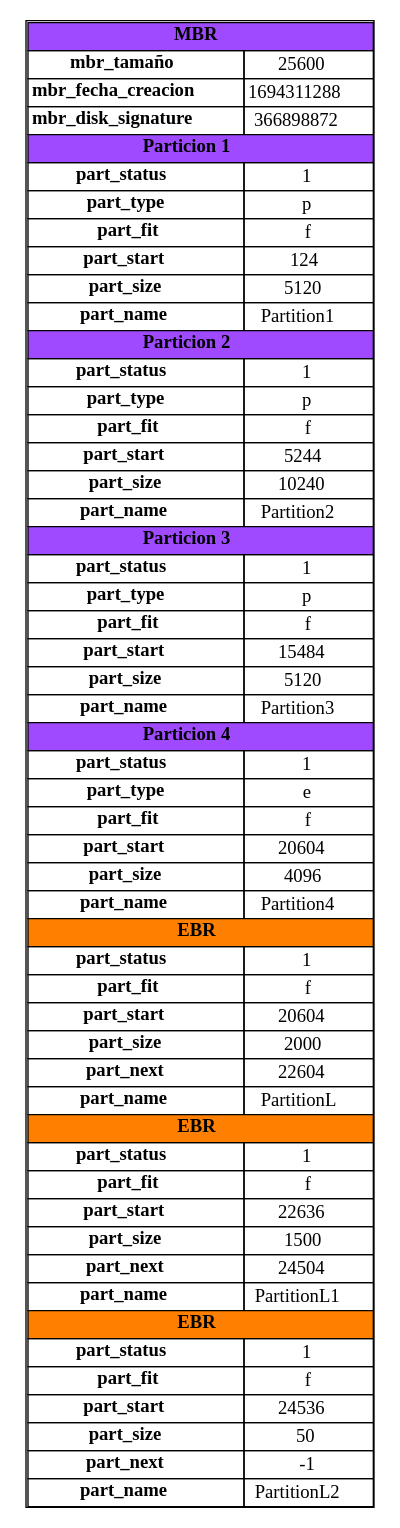
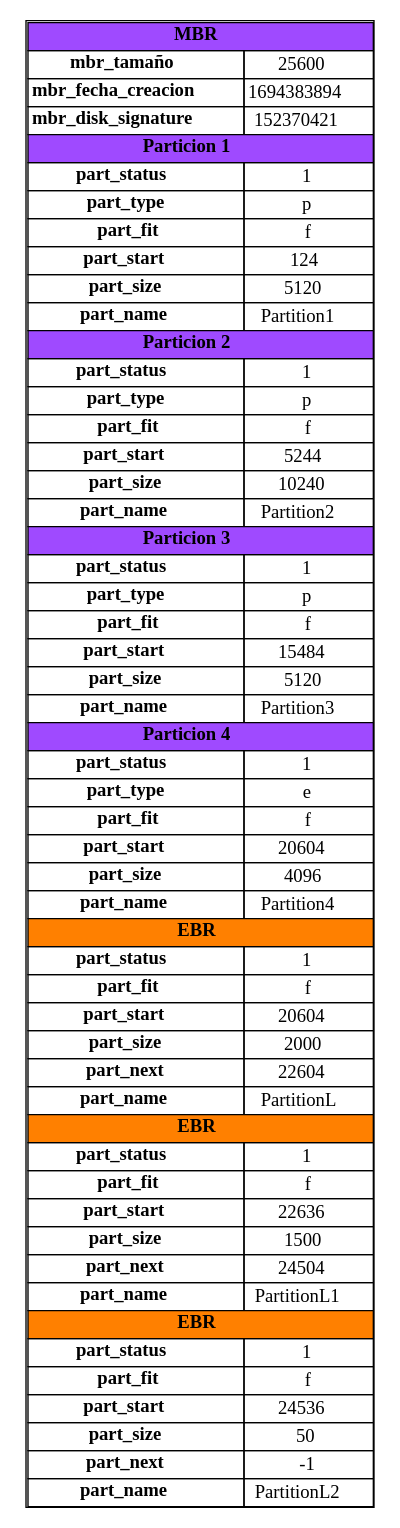
Before and after one commit to Noel1903/MIA_P12S2023_201900822: the diagram in reports/Disco1_mbr.dot, drawn with Graphviz. The commit also changed 13 other files, not shown here.

```diff
--- a/reports/Disco1_mbr.dot
+++ b/reports/Disco1_mbr.dot
@@ -1,60 +1,60 @@
 digraph G{
 node[shape=plaintext]
 graph[label=<
 <table border='1' cellborder='1' cellspacing='0'>
 <tr><td colspan='2' bgcolor='#9F4AFF'><b>MBR</b></td></tr>
 <tr><td><b>mbr_tamaño</b></td><td>25600</td></tr>
-<tr><td><b>mbr_fecha_creacion</b></td><td>1694311288</td></tr>
-<tr><td><b>mbr_disk_signature</b></td><td>366898872</td></tr>
+<tr><td><b>mbr_fecha_creacion</b></td><td>1694383894</td></tr>
+<tr><td><b>mbr_disk_signature</b></td><td>152370421</td></tr>
 <tr><td colspan='2' bgcolor='#9F4AFF'><b>Particion 1</b></td></tr>
 <tr><td><b>part_status</b></td><td>1</td></tr>
 <tr><td><b>part_type</b></td><td>p</td></tr>
 <tr><td><b>part_fit</b></td><td>f</td></tr>
 <tr><td><b>part_start</b></td><td>124</td></tr>
 <tr><td><b>part_size</b></td><td>5120</td></tr>
 <tr><td><b>part_name</b></td><td>Partition1</td></tr>
 <tr><td colspan='2' bgcolor='#9F4AFF'><b>Particion 2</b></td></tr>
 <tr><td><b>part_status</b></td><td>1</td></tr>
 <tr><td><b>part_type</b></td><td>p</td></tr>
 <tr><td><b>part_fit</b></td><td>f</td></tr>
 <tr><td><b>part_start</b></td><td>5244</td></tr>
 <tr><td><b>part_size</b></td><td>10240</td></tr>
 <tr><td><b>part_name</b></td><td>Partition2</td></tr>
 <tr><td colspan='2' bgcolor='#9F4AFF'><b>Particion 3</b></td></tr>
 <tr><td><b>part_status</b></td><td>1</td></tr>
 <tr><td><b>part_type</b></td><td>p</td></tr>
 <tr><td><b>part_fit</b></td><td>f</td></tr>
 <tr><td><b>part_start</b></td><td>15484</td></tr>
 <tr><td><b>part_size</b></td><td>5120</td></tr>
 <tr><td><b>part_name</b></td><td>Partition3</td></tr>
 <tr><td colspan='2' bgcolor='#9F4AFF'><b>Particion 4</b></td></tr>
 <tr><td><b>part_status</b></td><td>1</td></tr>
 <tr><td><b>part_type</b></td><td>e</td></tr>
 <tr><td><b>part_fit</b></td><td>f</td></tr>
 <tr><td><b>part_start</b></td><td>20604</td></tr>
 <tr><td><b>part_size</b></td><td>4096</td></tr>
 <tr><td><b>part_name</b></td><td>Partition4</td></tr>
 <tr><td colspan='2' bgcolor='#FF8000'><b>EBR</b></td></tr>
 <tr><td><b>part_status</b></td><td>1</td></tr>
 <tr><td><b>part_fit</b></td><td>f</td></tr>
 <tr><td><b>part_start</b></td><td>20604</td></tr>
 <tr><td><b>part_size</b></td><td>2000</td></tr>
 <tr><td><b>part_next</b></td><td>22604</td></tr>
 <tr><td><b>part_name</b></td><td>PartitionL</td></tr>
 <tr><td colspan='2' bgcolor='#FF8000'><b>EBR</b></td></tr>
 <tr><td><b>part_status</b></td><td>1</td></tr>
 <tr><td><b>part_fit</b></td><td>f</td></tr>
 <tr><td><b>part_start</b></td><td>22636</td></tr>
 <tr><td><b>part_size</b></td><td>1500</td></tr>
 <tr><td><b>part_next</b></td><td>24504</td></tr>
 <tr><td><b>part_name</b></td><td>PartitionL1</td></tr>
 <tr><td colspan='2' bgcolor='#FF8000'><b>EBR</b></td></tr>
 <tr><td><b>part_status</b></td><td>1</td></tr>
 <tr><td><b>part_fit</b></td><td>f</td></tr>
 <tr><td><b>part_start</b></td><td>24536</td></tr>
 <tr><td><b>part_size</b></td><td>50</td></tr>
 <tr><td><b>part_next</b></td><td>-1</td></tr>
 <tr><td><b>part_name</b></td><td>PartitionL2</td></tr>
 </table>
 >];
 }
```
